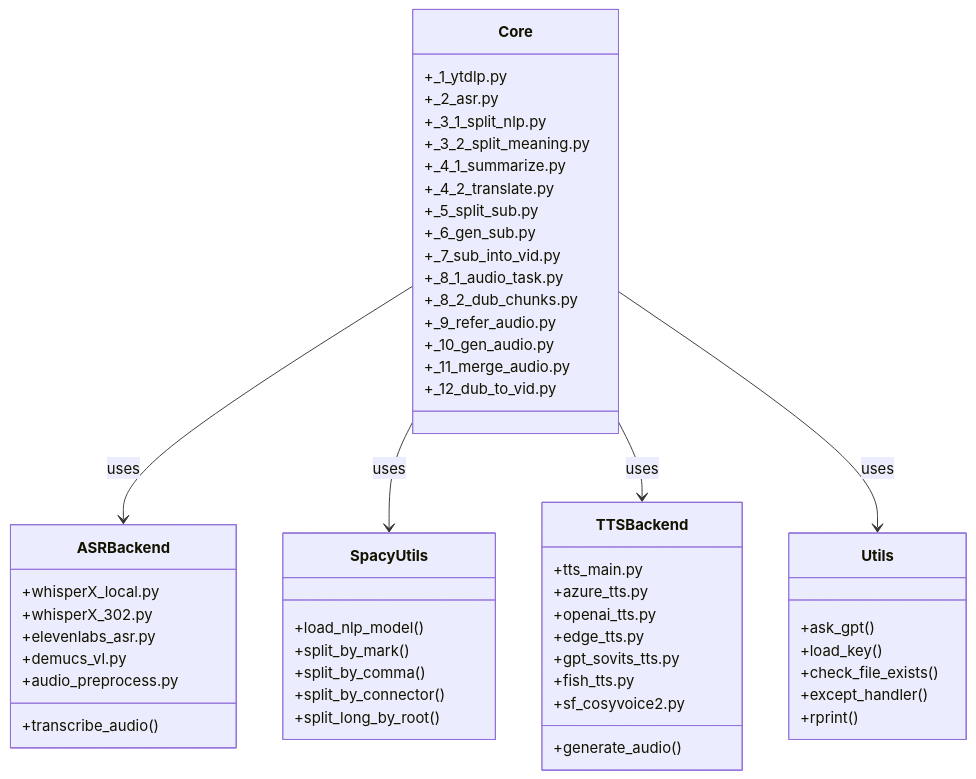
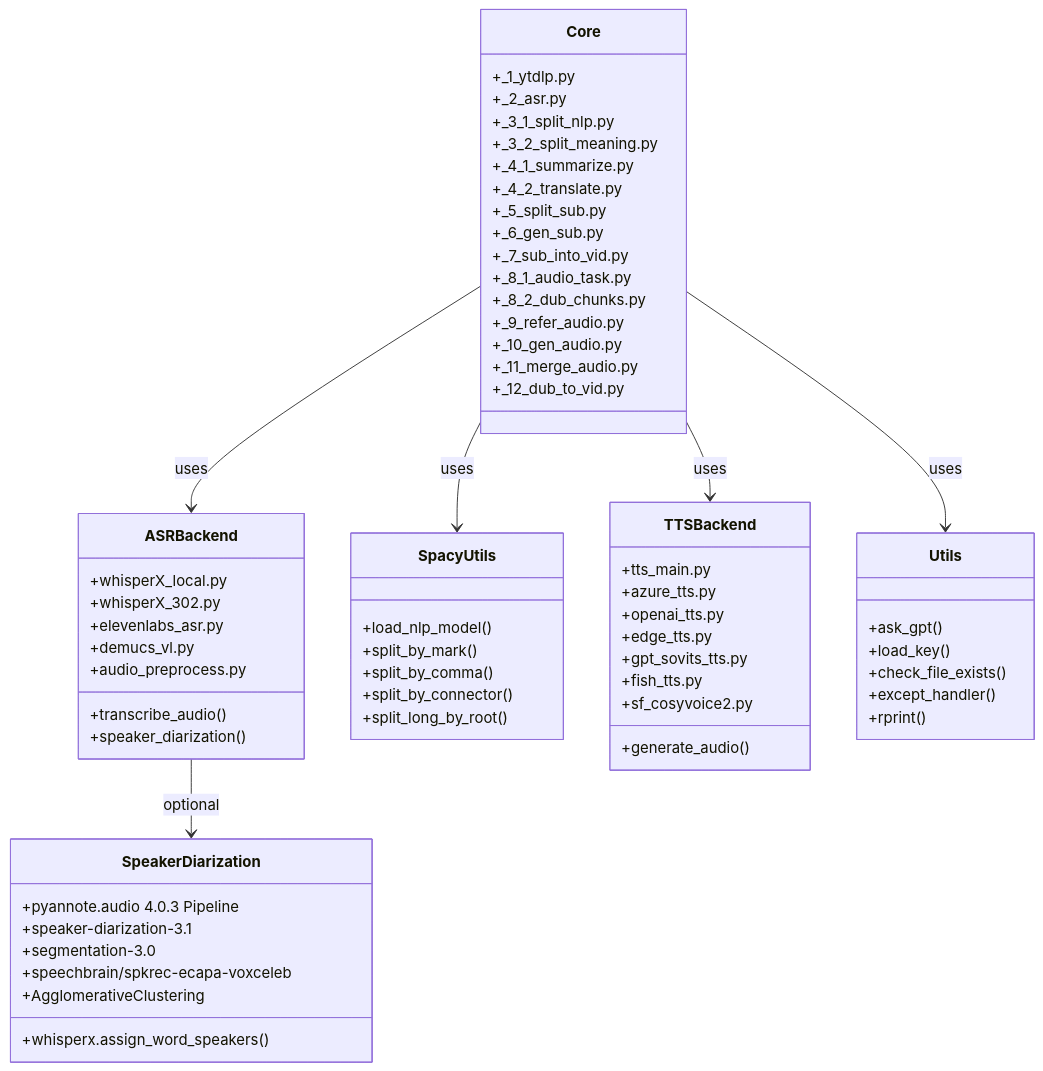
Diagram 13 of 19 in docs/ARCHITECTURE.md (NuoManDai/VedioAITranslateSub), drawn with Mermaid before and after one commit. The commit also changed other lines of this file and 45 other files, not shown here.

````diff
--- a/docs/ARCHITECTURE.md
+++ b/docs/ARCHITECTURE.md
@@ -428,61 +794,72 @@
 ```mermaid
 classDiagram
     class Core {
         +_1_ytdlp.py
         +_2_asr.py
         +_3_1_split_nlp.py
         +_3_2_split_meaning.py
         +_4_1_summarize.py
         +_4_2_translate.py
         +_5_split_sub.py
         +_6_gen_sub.py
         +_7_sub_into_vid.py
         +_8_1_audio_task.py
         +_8_2_dub_chunks.py
         +_9_refer_audio.py
         +_10_gen_audio.py
         +_11_merge_audio.py
         +_12_dub_to_vid.py
     }
     
     class ASRBackend {
         +whisperX_local.py
         +whisperX_302.py
         +elevenlabs_asr.py
         +demucs_vl.py
         +audio_preprocess.py
         +transcribe_audio()
+        +speaker_diarization()
+    }
+    
+    class SpeakerDiarization {
+        +pyannote.audio 4.0.3 Pipeline
+        +speaker-diarization-3.1
+        +segmentation-3.0
+        +speechbrain/spkrec-ecapa-voxceleb
+        +AgglomerativeClustering
+        +whisperx.assign_word_speakers()
     }
     
     class SpacyUtils {
         +load_nlp_model()
         +split_by_mark()
         +split_by_comma()
         +split_by_connector()
         +split_long_by_root()
     }
     
     class TTSBackend {
         +tts_main.py
         +azure_tts.py
         +openai_tts.py
         +edge_tts.py
         +gpt_sovits_tts.py
         +fish_tts.py
         +sf_cosyvoice2.py
         +generate_audio()
     }
     
     class Utils {
         +ask_gpt()
         +load_key()
         +check_file_exists()
         +except_handler()
         +rprint()
     }
     
     Core --> ASRBackend : uses
+    ASRBackend --> SpeakerDiarization : optional
     Core --> SpacyUtils : uses
     Core --> TTSBackend : uses
     Core --> Utils : uses
 ```
````
